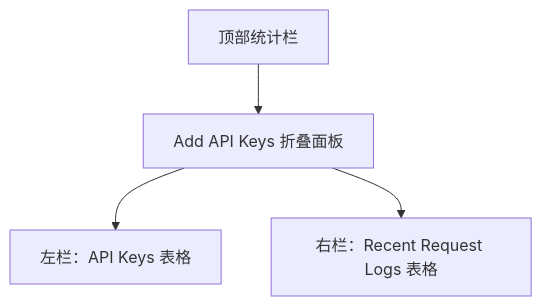
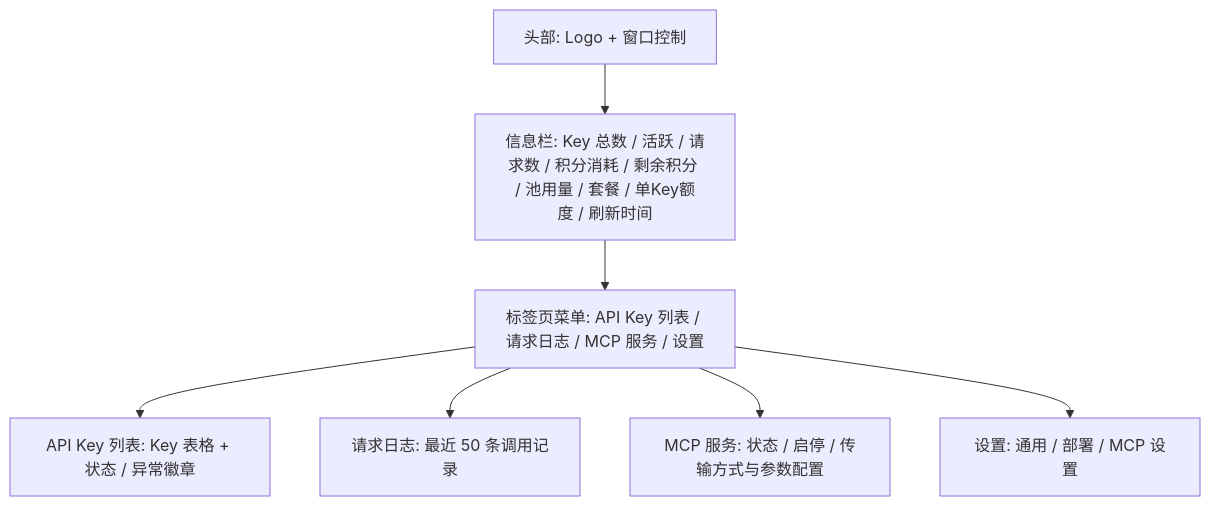
Before and after one commit to zylyes/tavily-key: the first of 3 diagrams in docs/wiki/Web控制台/Web控制台.md, drawn with Mermaid. The commit also changed other lines of this file and 16 other files, not shown here.

````diff
--- a/docs/wiki/Web控制台/Web控制台.md
+++ b/docs/wiki/Web控制台/Web控制台.md
@@ -83,6 +83,9 @@
 ```mermaid
 flowchart TD
-    A[顶部统计栏] --> B[Add API Keys 折叠面板]
-    B --> C[左栏：API Keys 表格]
-    B --> D[右栏：Recent Request Logs 表格]
+    A[头部: Logo + 窗口控制] --> B[信息栏: Key 总数 / 活跃 / 请求数 / 积分消耗 / 剩余积分 / 池用量 / 套餐 / 单Key额度 / 刷新时间]
+    B --> C[标签页菜单: API Key 列表 / 请求日志 / MCP 服务 / 设置]
+    C --> D[API Key 列表: Key 表格 + 状态 / 异常徽章]
+    C --> E[请求日志: 最近 50 条调用记录]
+    C --> F[MCP 服务: 状态 / 启停 / 传输方式与参数配置]
+    C --> G[设置: 通用 / 部署 / MCP 设置]
 ```
````
